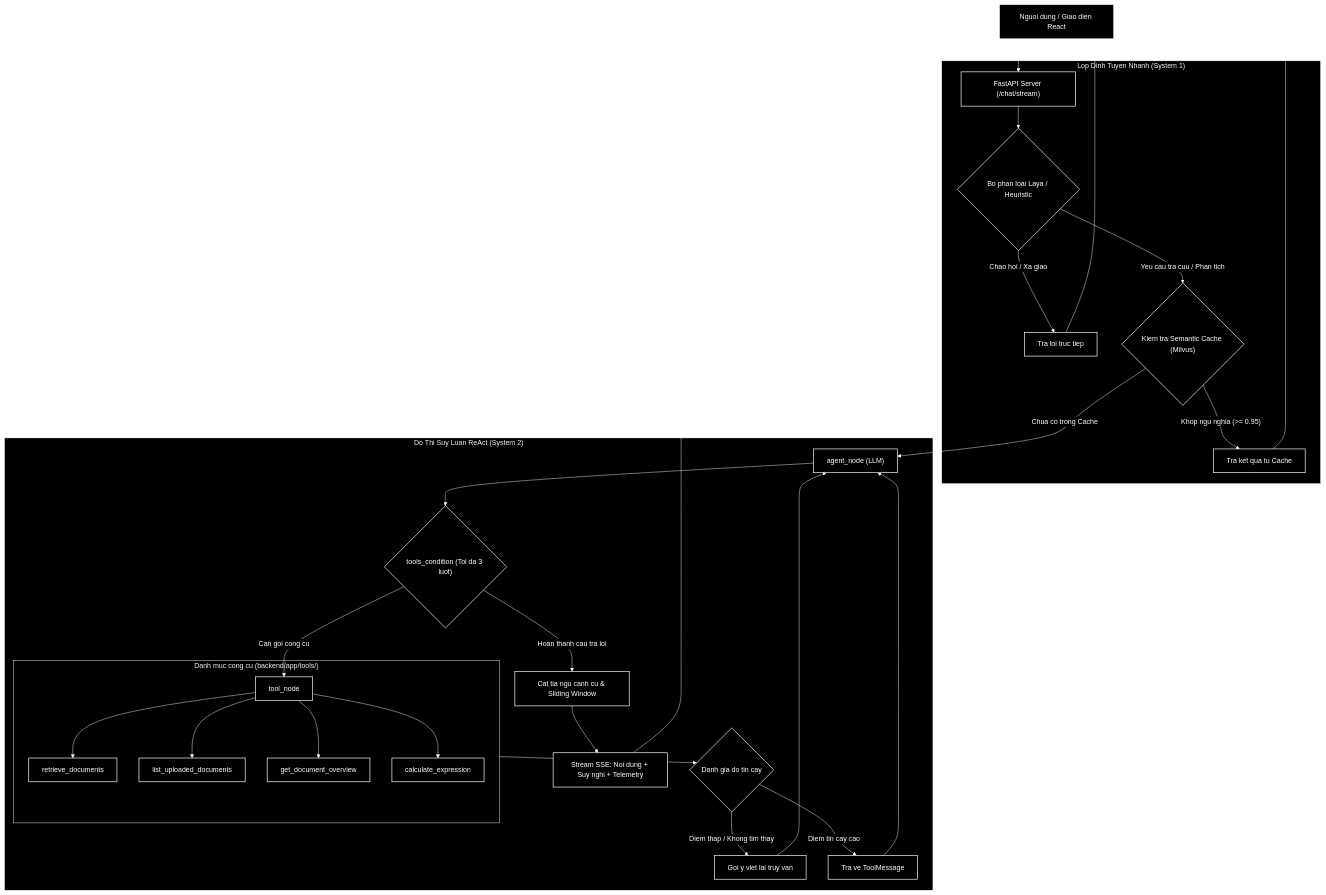
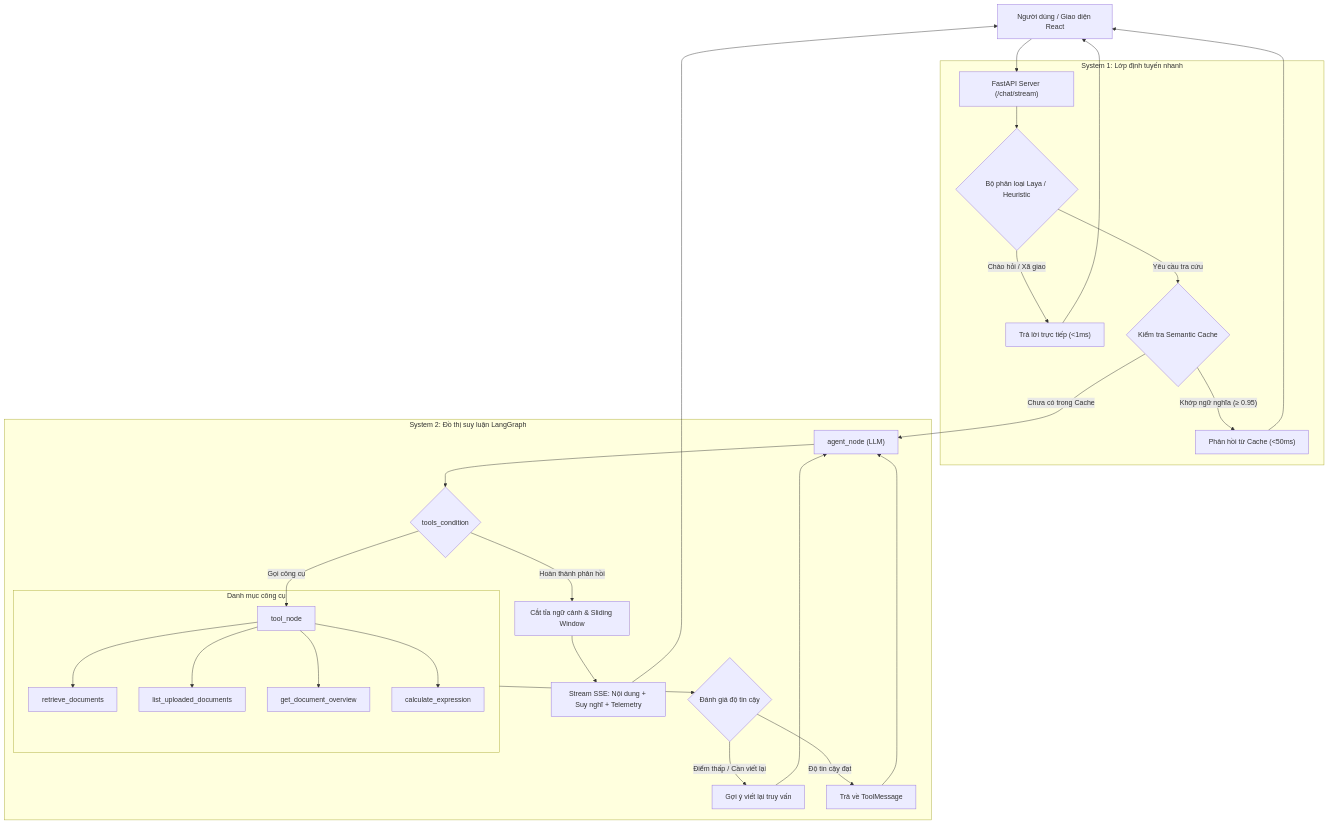
The first of 2 diagrams in README.md (NguyenVietNguyen2612/ai_documents_assistant), drawn with Mermaid before and after one commit. The commit also changed other lines of this file, not shown here.

Commit message:
docs: standardize diagrams with ASCII agent architecture and standard GitHub Mermaid for System and Ingestion flows

````diff
--- a/README.md
+++ b/README.md
@@ -174,55 +170,39 @@
 ```mermaid
-%%{init: {
-  'theme': 'base',
-  'themeVariables': {
-    'background': '#000000',
-    'primaryColor': '#000000',
-    'primaryTextColor': '#ffffff',
-    'primaryBorderColor': '#ffffff',
-    'lineColor': '#ffffff',
-    'textColor': '#ffffff',
-    'edgeLabelBackground': '#000000',
-    'clusterBkg': '#000000',
-    'clusterBorder': '#ffffff'
-  }
-}}%%
 flowchart TD
-    User["Nguoi dung / Giao dien React"] --> API["FastAPI Server (/chat/stream)"]
+    User["Người dùng / Giao diện React"] --> API["FastAPI Server (/chat/stream)"]
 
-    subgraph System1 ["Lop Dinh Tuyen Nhanh (System 1)"]
-        API --> S1_Router{"Bo phan loai Laya / Heuristic"}
-        S1_Router -- "Chao hoi / Xa giao" --> S1_Direct["Tra loi truc tiep"]
-        S1_Router -- "Yeu cau tra cuu / Phan tich" --> S1_Cache{"Kiem tra Semantic Cache (Milvus)"}
-        S1_Cache -- "Khop ngu nghia (>= 0.95)" --> S1_CacheHit["Tra ket qua tu Cache"]
+    subgraph System1 ["System 1: Lớp định tuyến nhanh"]
+        API --> S1_Router{"Bộ phân loại Laya / Heuristic"}
+        S1_Router -- "Chào hỏi / Xã giao" --> S1_Direct["Trả lời trực tiếp (<1ms)"]
+        S1_Router -- "Yêu cầu tra cứu" --> S1_Cache{"Kiểm tra Semantic Cache"}
+        S1_Cache -- "Khớp ngữ nghĩa (≥ 0.95)" --> S1_CacheHit["Phản hồi từ Cache (<50ms)"]
     end
 
-    subgraph System2 ["Do Thi Suy Luan ReAct (System 2)"]
-        S1_Cache -- "Chua co trong Cache" --> AgentNode["agent_node (LLM)"]
+    subgraph System2 ["System 2: Đồ thị suy luận LangGraph"]
+        S1_Cache -- "Chưa có trong Cache" --> AgentNode["agent_node (LLM)"]
         
-        AgentNode --> ToolCond{"tools_condition (Toi da 3 luot)"}
+        AgentNode --> ToolCond{"tools_condition"}
         
-        ToolCond -- "Can goi cong cu" --> ToolNode["tool_node"]
+        ToolCond -- "Gọi công cụ" --> ToolNode["tool_node"]
         
-        subgraph ToolsCatalog ["Danh muc cong cu (backend/app/tools/)"]
+        subgraph ToolsCatalog ["Danh mục công cụ"]
             ToolNode --> T1["retrieve_documents"]
             ToolNode --> T2["list_uploaded_documents"]
             ToolNode --> T3["get_document_overview"]
             ToolNode --> T4["calculate_expression"]
         end
 
-        ToolsCatalog --> CRAG_Eval{"Danh gia do tin cay"}
-        CRAG_Eval -- "Diem thap / Khong tim thay" --> QueryRewrite["Goi y viet lai truy van"]
+        ToolsCatalog --> CRAG_Eval{"Đánh giá độ tin cậy"}
+        CRAG_Eval -- "Điểm thấp / Cần viết lại" --> QueryRewrite["Gợi ý viết lại truy vấn"]
         QueryRewrite --> AgentNode
-        CRAG_Eval -- "Diem tin cay cao" --> ToolMsg["Tra ve ToolMessage"]
+        CRAG_Eval -- "Độ tin cậy đạt" --> ToolMsg["Trả về ToolMessage"]
         ToolMsg --> AgentNode
         
-        ToolCond -- "Hoan thanh cau tra loi" --> Pruner["Cat tia ngu canh cu & Sliding Window"]
-        Pruner --> FinalStream["Stream SSE: Noi dung + Suy nghi + Telemetry"]
+        ToolCond -- "Hoàn thành phản hồi" --> Pruner["Cắt tỉa ngữ cảnh & Sliding Window"]
+        Pruner --> FinalStream["Stream SSE: Nội dung + Suy nghĩ + Telemetry"]
     end
 
     FinalStream --> User
     S1_Direct --> User
     S1_CacheHit --> User
-
-    classDef default fill:#000000,stroke:#ffffff,stroke-width:1.5px,color:#ffffff;
 ```
````
